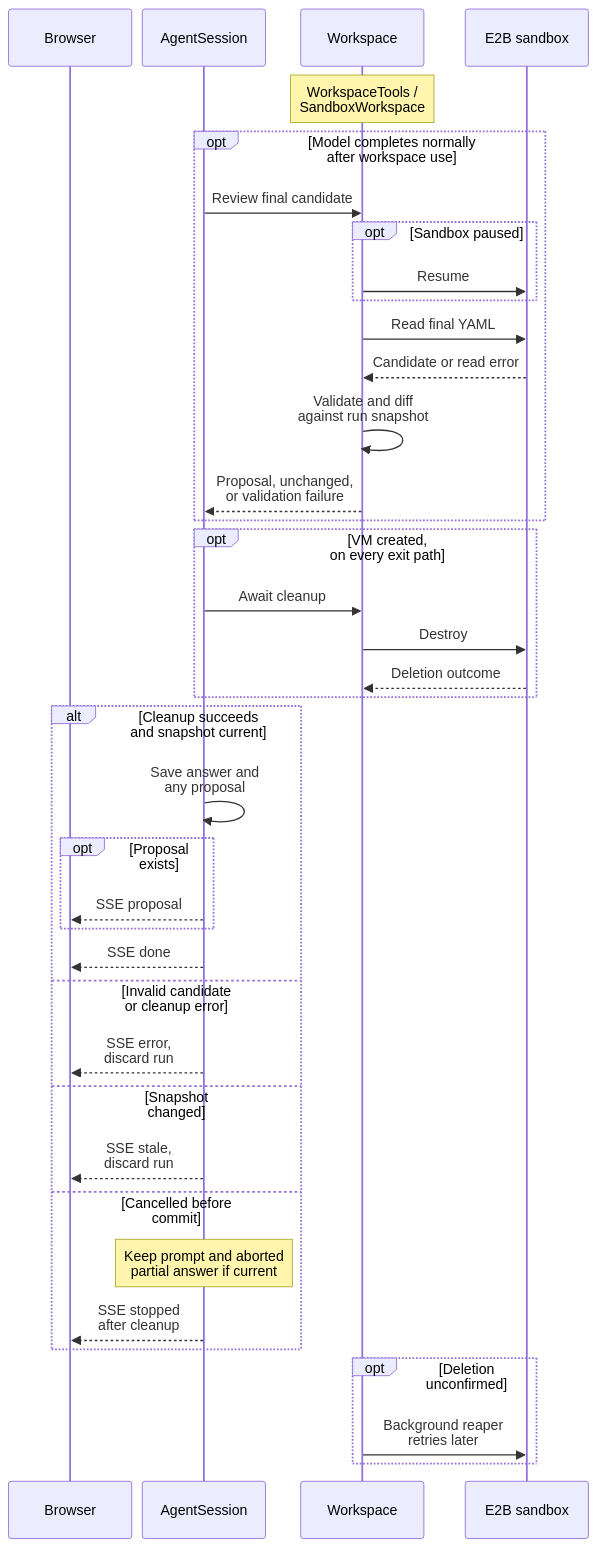
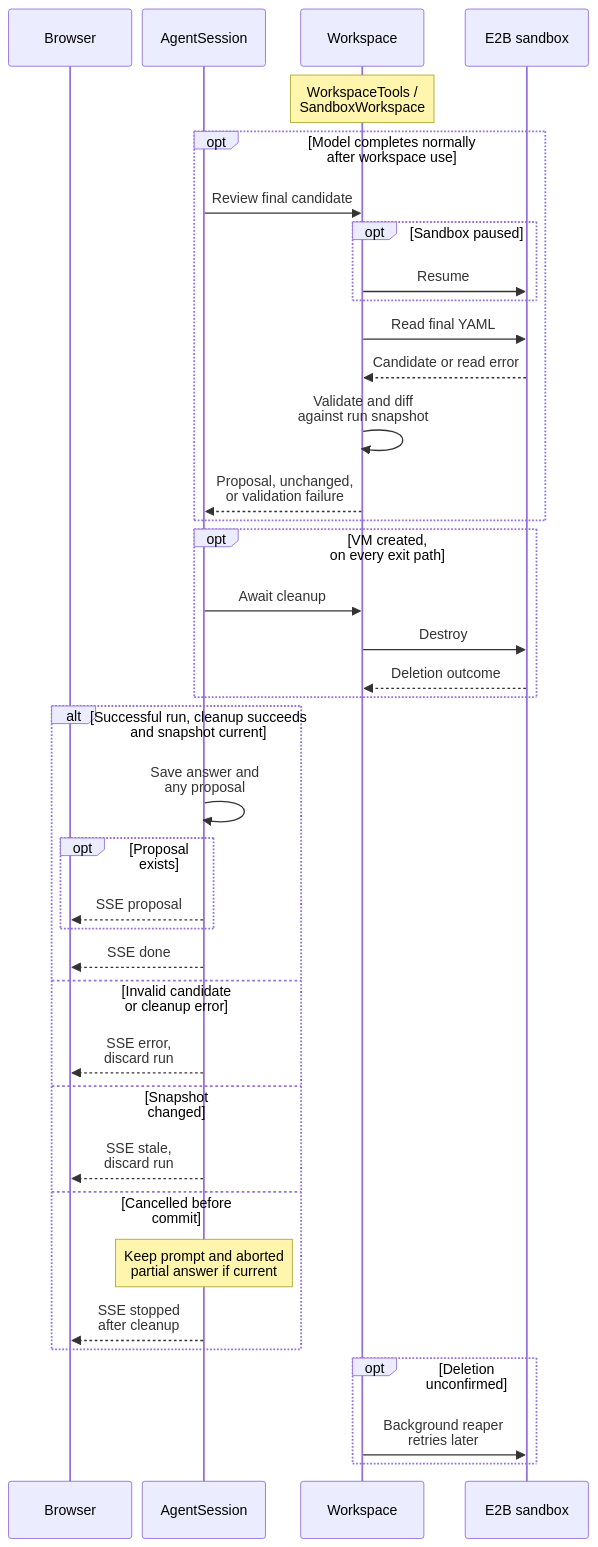
One commit to j3soon/nurse-scheduling changed the ninth of 14 diagrams in docs/content/developer-guide/ai-assistant.md. Above: the diagram before and after it, drawn with Mermaid. The commit also changed other lines of this file and 1 other file, not shown here.

First line of the commit message:
docs(ai): clarify runtime flow and diagram relationships

````diff
--- a/docs/content/developer-guide/ai-assistant.md
+++ b/docs/content/developer-guide/ai-assistant.md
@@ -451,52 +405,52 @@
 ```mermaid
 ---
 config:
   sequence:
     actorMargin: 12
     width: 140
     diagramMarginX: 4
     diagramMarginY: 8
     wrap: false
     wrapPadding: 4
 ---
 sequenceDiagram
     participant Browser
     participant Session as AgentSession
     participant Workspace as Workspace
     participant E2B as E2B sandbox
 
     Note over Workspace: WorkspaceTools /<br/>SandboxWorkspace
     opt Model completes normally<br/>after workspace use
         Session->>Workspace: Review final candidate
         opt Sandbox paused
             Workspace->>E2B: Resume
         end
         Workspace->>E2B: Read final YAML
         E2B-->>Workspace: Candidate or read error
         Workspace->>Workspace: Validate and diff<br/>against run snapshot
         Workspace-->>Session: Proposal, unchanged,<br/>or validation failure
     end
     opt VM created,<br/>on every exit path
         Session->>Workspace: Await cleanup
         Workspace->>E2B: Destroy
         E2B-->>Workspace: Deletion outcome
     end
-    alt Cleanup succeeds<br/>and snapshot current
+    alt Successful run, cleanup succeeds<br/>and snapshot current
         Session->>Session: Save answer and<br/>any proposal
         opt Proposal exists
             Session-->>Browser: SSE proposal
         end
         Session-->>Browser: SSE done
     else Invalid candidate<br/>or cleanup error
         Session-->>Browser: SSE error,<br/>discard run
     else Snapshot changed
         Session-->>Browser: SSE stale,<br/>discard run
     else Cancelled before commit
         Note over Session: Keep prompt and aborted<br/>partial answer if current
         Session-->>Browser: SSE stopped<br/>after cleanup
     end
     opt Deletion unconfirmed
         Workspace->>E2B: Background reaper<br/>retries later
     end
 
 ```
````
